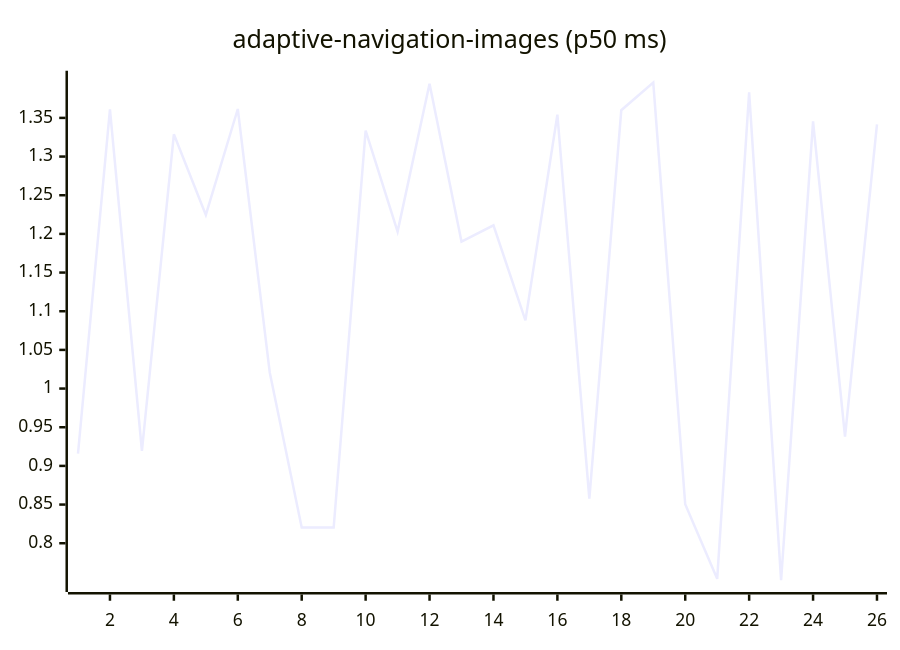
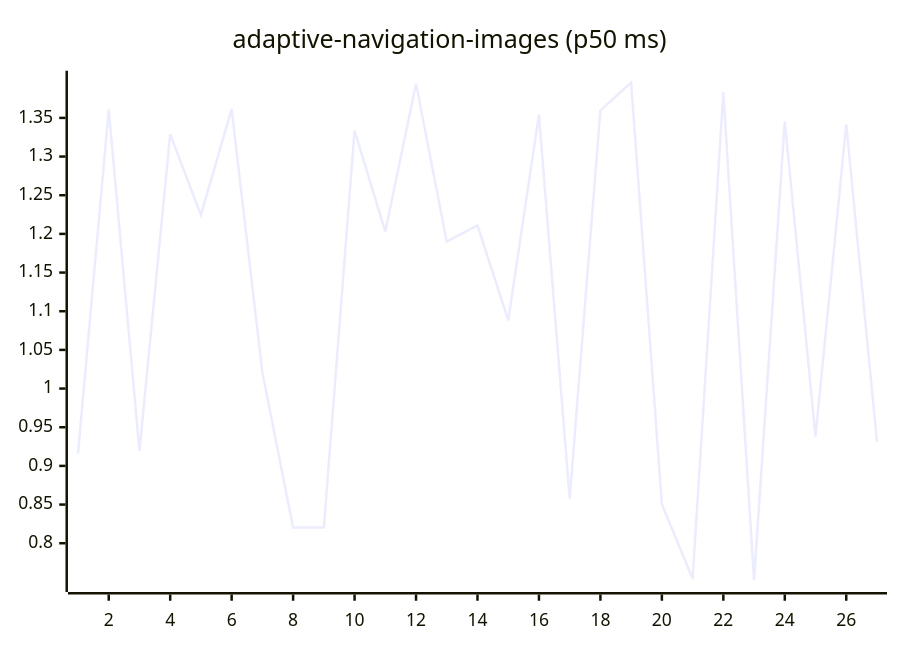
The first of 27 diagrams in README.md (josha/Facet), drawn with Mermaid before and after one commit. The commit also changed other lines of this file and 2 other files, not shown here.

````diff
--- a/README.md
+++ b/README.md
@@ -63,6 +63,6 @@
 ```mermaid
 xychart-beta
     title "adaptive-navigation-images (p50 ms)"
-    x-axis 1 --> 26
-    line [0.9159, 1.3609, 0.9193, 1.3288, 1.2245, 1.3615, 1.0208, 0.8202, 0.8203, 1.3336, 1.2030, 1.3942, 1.1900, 1.2110, 1.0882, 1.3541, 0.8576, 1.3599, 1.3956, 0.8504, 0.7540, 1.3829, 0.7523, 1.3455, 0.9380, 1.3415]
+    x-axis 1 --> 27
+    line [0.9159, 1.3609, 0.9193, 1.3288, 1.2245, 1.3615, 1.0208, 0.8202, 0.8203, 1.3336, 1.2030, 1.3942, 1.1900, 1.2110, 1.0882, 1.3541, 0.8576, 1.3599, 1.3956, 0.8504, 0.7540, 1.3829, 0.7523, 1.3455, 0.9380, 1.3415, 0.9312]
 ```
````
